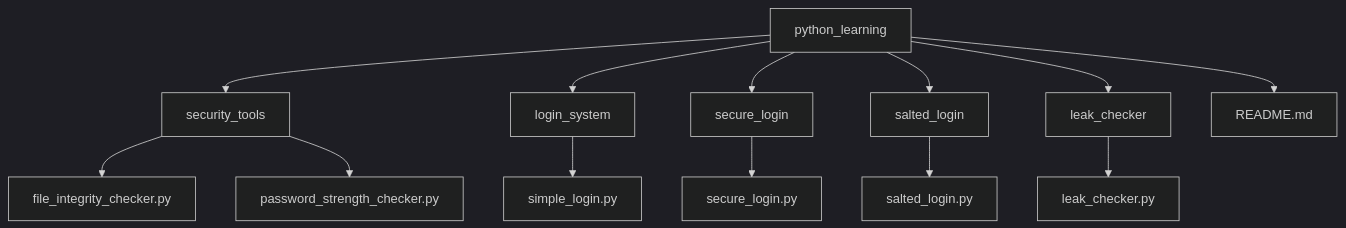
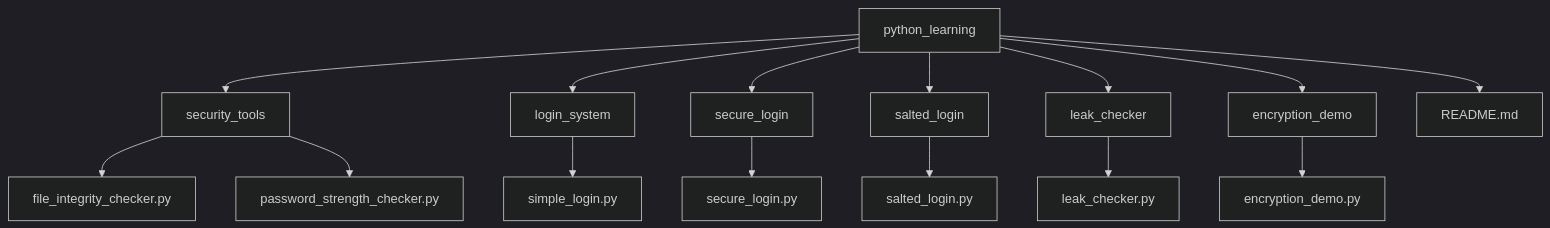
The diagram in README.md (Hawkins30/python_learning), drawn with Mermaid (dark theme) before and after one commit. The commit also changed other lines of this file, not shown here.

Commit message:
Updated README with Project 7: Fernet Encryption Demo and Day 7 learning timeline

````diff
--- a/README.md
+++ b/README.md
@@ -152,17 +161,18 @@
 ```mermaid
 graph TD
 A[python_learning] --> B[security_tools]
 A --> C[login_system]
 A --> D[secure_login]
 A --> E[salted_login]
 A --> F[leak_checker]
+A --> H[encryption_demo]
 A --> G[README.md]
 
 B --> B1[file_integrity_checker.py]
 B --> B2[password_strength_checker.py]
-
 C --> C1[simple_login.py]
 D --> D1[secure_login.py]
 E --> E1[salted_login.py]
 F --> F1[leak_checker.py]
+H --> H1[encryption_demo.py]
 ```
````
